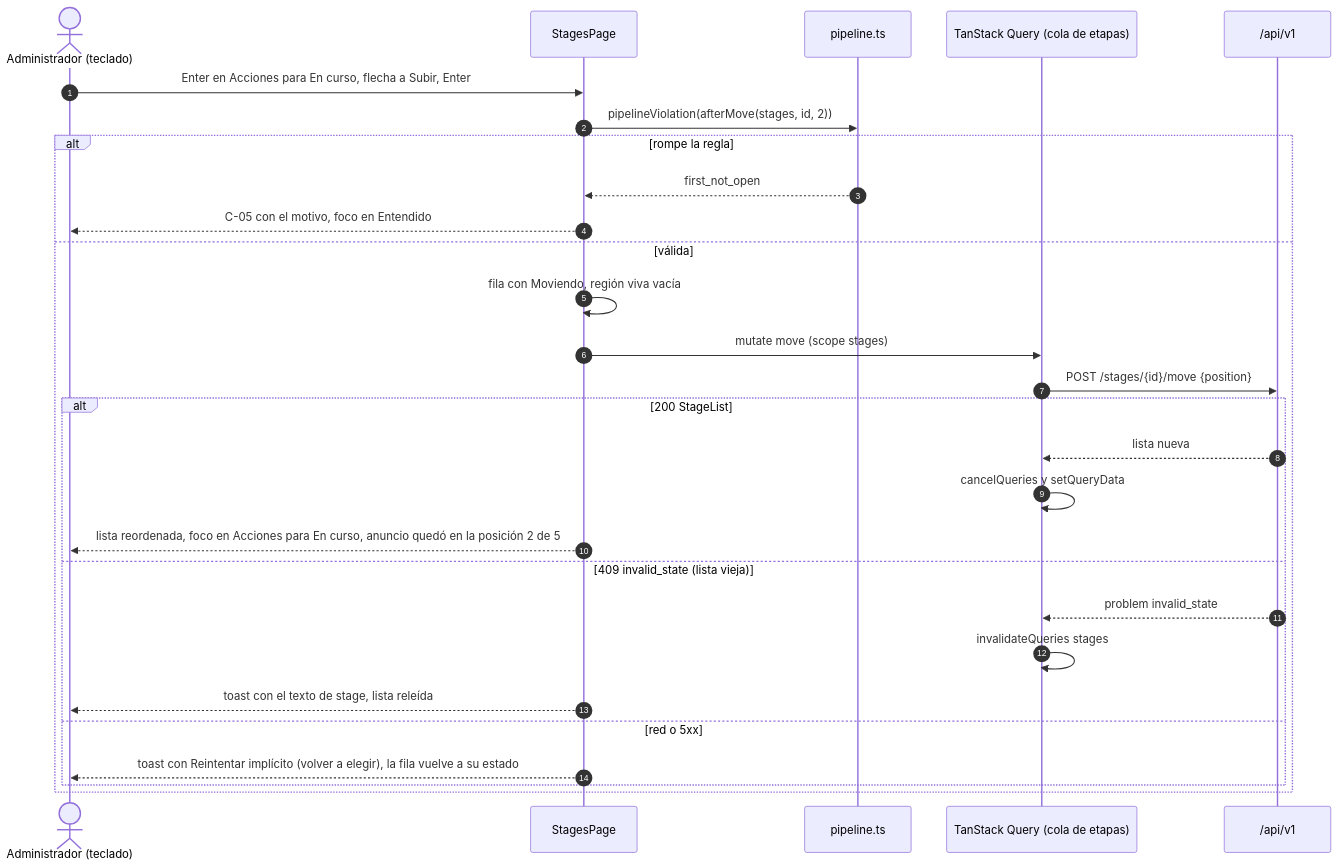
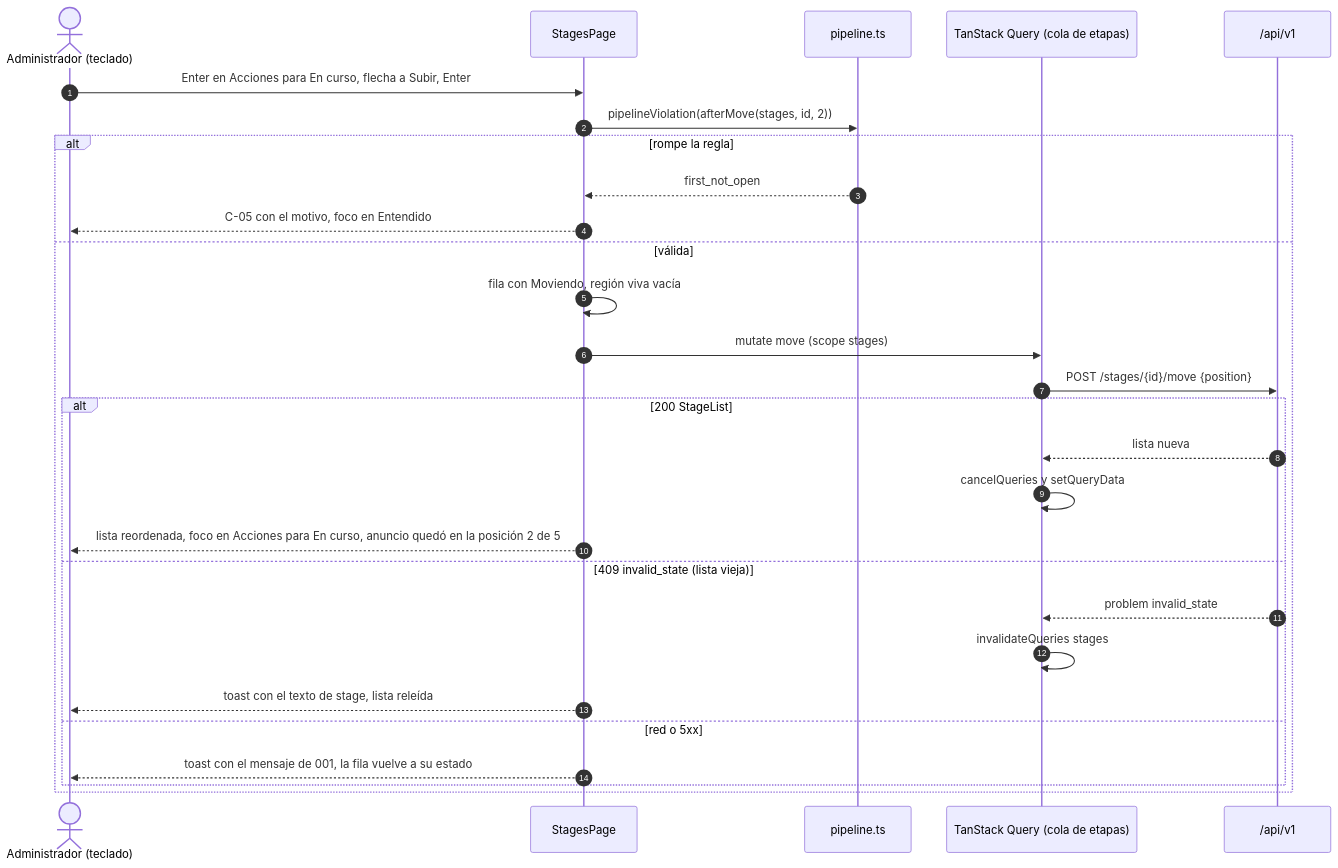
Before and after one commit to fdelillo/crm: the fourth of 6 diagrams in specs/002-configuracion/ui.md, drawn with Mermaid. The commit also changed other lines of this file and 3 other files, not shown here.

````diff
--- a/specs/002-configuracion/ui.md
+++ b/specs/002-configuracion/ui.md
@@ -1137,31 +1151,31 @@
 ```mermaid
 sequenceDiagram
     autonumber
     actor A as Administrador (teclado)
     participant P as StagesPage
     participant R as pipeline.ts
     participant Q as TanStack Query (cola de etapas)
     participant API as /api/v1
 
     A->>P: Enter en Acciones para En curso, flecha a Subir, Enter
     P->>R: pipelineViolation(afterMove(stages, id, 2))
     alt rompe la regla
         R-->>P: first_not_open
         P-->>A: C-05 con el motivo, foco en Entendido
     else válida
         P->>P: fila con Moviendo, región viva vacía
         P->>Q: mutate move (scope stages)
         Q->>API: POST /stages/{id}/move {position}
         alt 200 StageList
             API-->>Q: lista nueva
             Q->>Q: cancelQueries y setQueryData
             P-->>A: lista reordenada, foco en Acciones para En curso, anuncio quedó en la posición 2 de 5
         else 409 invalid_state (lista vieja)
             API-->>Q: problem invalid_state
             Q->>Q: invalidateQueries stages
             P-->>A: toast con el texto de stage, lista releída
         else red o 5xx
-            P-->>A: toast con Reintentar implícito (volver a elegir), la fila vuelve a su estado
+            P-->>A: toast con el mensaje de 001, la fila vuelve a su estado
         end
     end
 ```
````
